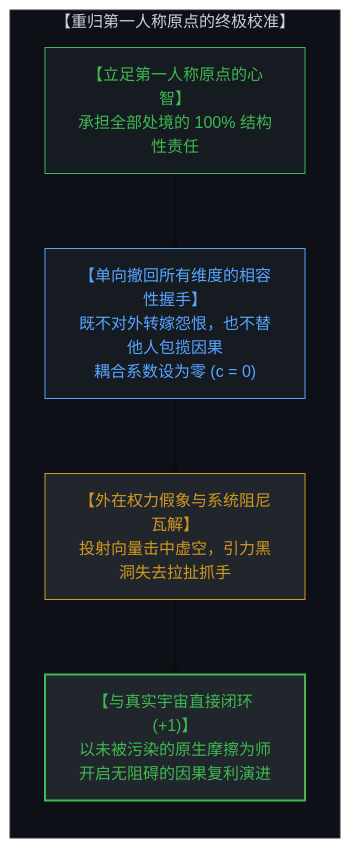
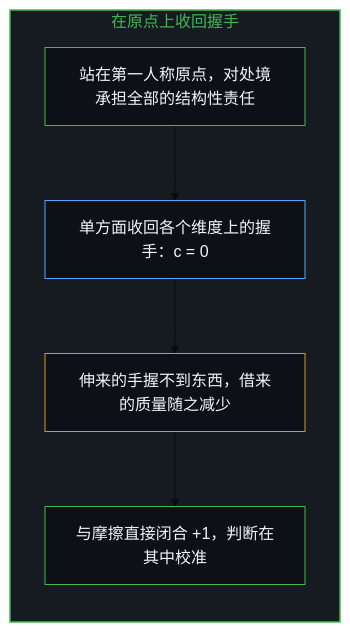
One commit to powerpig99/not-a-toe changed diagram 11 of 12 in content/posts/the-mirror-handshake-of-power.md. Above: the diagram before and after it, drawn with Mermaid (base theme). The commit also changed other lines of this file and 3 other files, not shown here.

Commit message:
Refine the-mirror-handshake-of-power: alternating bilingual layout, English diagram twins, first-person framing

````diff
--- a/content/posts/the-mirror-handshake-of-power.md
+++ b/content/posts/the-mirror-handshake-of-power.md
@@ -319,22 +311,19 @@
 ```mermaid
-graph TD
-    subgraph FinalSovereigntyRealignment["【重归第一人称原点的终极校准】"]
+flowchart TD
+    subgraph S_Withdraw["在原点上收回握手"]
         direction TB
-        MindOriginNode["【立足第一人称原点的心智】<br>承担全部处境的 100% 结构性责任"]
-        
-        WithdrawHandshake["【单向撤回所有维度的相容性握手】<br>既不对外转嫁怨恨，也不替他人包揽因果<br>耦合系数设为零 (c = 0)"]
-        
-        PhantomCollapse["【外在权力假象与系统阻尼瓦解】<br>投射向量击中虚空，引力黑洞失去拉扯抓手"]
-        
-        DirectCosmicCompound["【与真实宇宙直接闭环 (+1)】<br>以未被污染的原生摩擦为师<br>开启无阻碍的因果复利演进"]
-        
-        MindOriginNode --> WithdrawHandshake
-        WithdrawHandshake --> PhantomCollapse
-        PhantomCollapse --> DirectCosmicCompound
+        Stand["站在第一人称原点，对处境承担全部的结构性责任"]
+        Zero["单方面收回各个维度上的握手：c = 0"]
+        Empty["伸来的手握不到东西，借来的质量随之减少"]
+        Direct["与摩擦直接闭合 +1，判断在其中校准"]
+        Stand --> Zero
+        Zero --> Empty
+        Empty --> Direct
     end
-    style FinalSovereigntyRealignment fill:#0d1117,stroke:#30363d,stroke-width:1px,color:#c9d1d9
-    style MindOriginNode fill:#161b22,stroke:#3fb950,stroke-width:1px,color:#3fb950
-    style WithdrawHandshake fill:#161b22,stroke:#58a6ff,stroke-width:1px,color:#58a6ff
-    style PhantomCollapse fill:#21262d,stroke:#d29922,color:#d29922
-    style DirectCosmicCompound fill:#21262d,stroke:#3fb950,stroke-width:2px,color:#3fb950
+
+    style S_Withdraw fill:#161b22,stroke:#3fb950,stroke-width:1.5px,color:#3fb950
+    style Stand fill:#0d1117,stroke:#3fb950,stroke-width:1px,color:#f0f6fc
+    style Zero fill:#0d1117,stroke:#58a6ff,stroke-width:1px,color:#f0f6fc
+    style Empty fill:#0d1117,stroke:#d29922,stroke-width:1px,color:#f0f6fc
+    style Direct fill:#0d1117,stroke:#3fb950,stroke-width:1px,color:#f0f6fc
 ```
````
